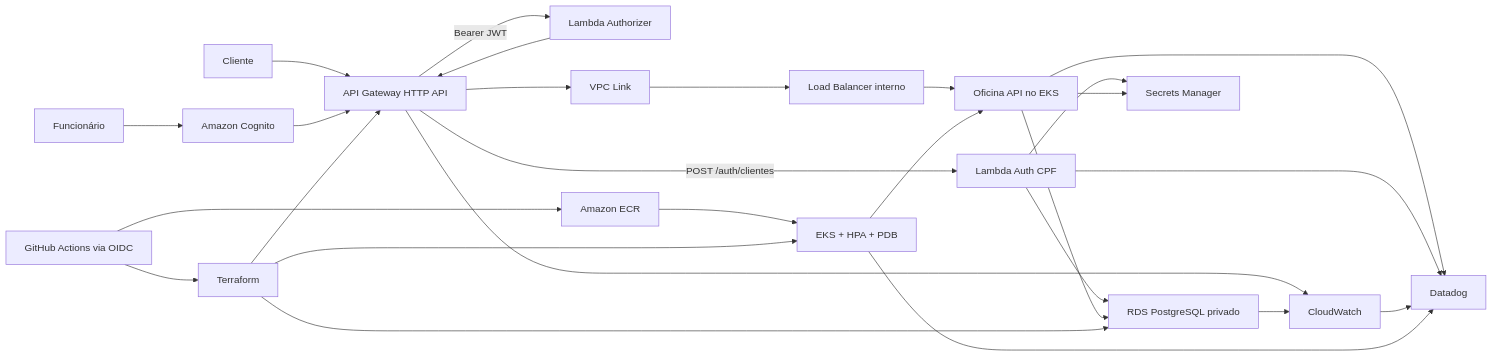
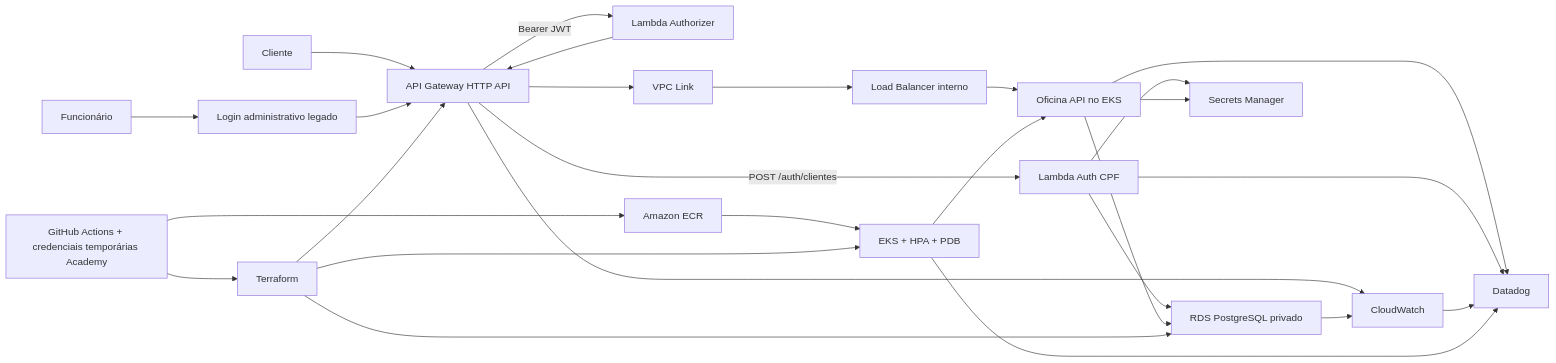
Before and after one commit to maypinheiro/oficina-api: the first of 4 diagrams in docs/fase3/arquitetura-alvo.md, drawn with Mermaid. The commit also changed other lines of this file and 15 other files, not shown here.

````diff
--- a/docs/fase3/arquitetura-alvo.md
+++ b/docs/fase3/arquitetura-alvo.md
@@ -5,33 +5,33 @@
 ```mermaid
 flowchart LR
   User["Cliente"] --> APIGW["API Gateway HTTP API"]
-  Staff["Funcionário"] --> Cognito["Amazon Cognito"]
-  Cognito --> APIGW
+  Staff["Funcionário"] --> LegacyAuth["Login administrativo legado"]
+  LegacyAuth --> APIGW
 
   APIGW -->|"POST /auth/clientes"| Auth["Lambda Auth CPF"]
   APIGW -->|"Bearer JWT"| Authorizer["Lambda Authorizer"]
   Authorizer --> APIGW
   APIGW --> Link["VPC Link"]
   Link --> LB["Load Balancer interno"]
   LB --> API["Oficina API no EKS"]
 
   Auth --> RDS["RDS PostgreSQL privado"]
   API --> RDS
   Auth --> Secrets["Secrets Manager"]
   API --> Secrets
 
   API --> DD["Datadog"]
   Auth --> DD
   APIGW --> CW["CloudWatch"]
   RDS --> CW
   CW --> DD
   EKS["EKS + HPA + PDB"] --> API
   EKS --> DD
 
-  GHA["GitHub Actions via OIDC"] --> ECR["Amazon ECR"]
+  GHA["GitHub Actions + credenciais temporárias Academy"] --> ECR["Amazon ECR"]
   GHA --> TF["Terraform"]
   ECR --> EKS
   TF --> APIGW
   TF --> EKS
   TF --> RDS
 ```
````
